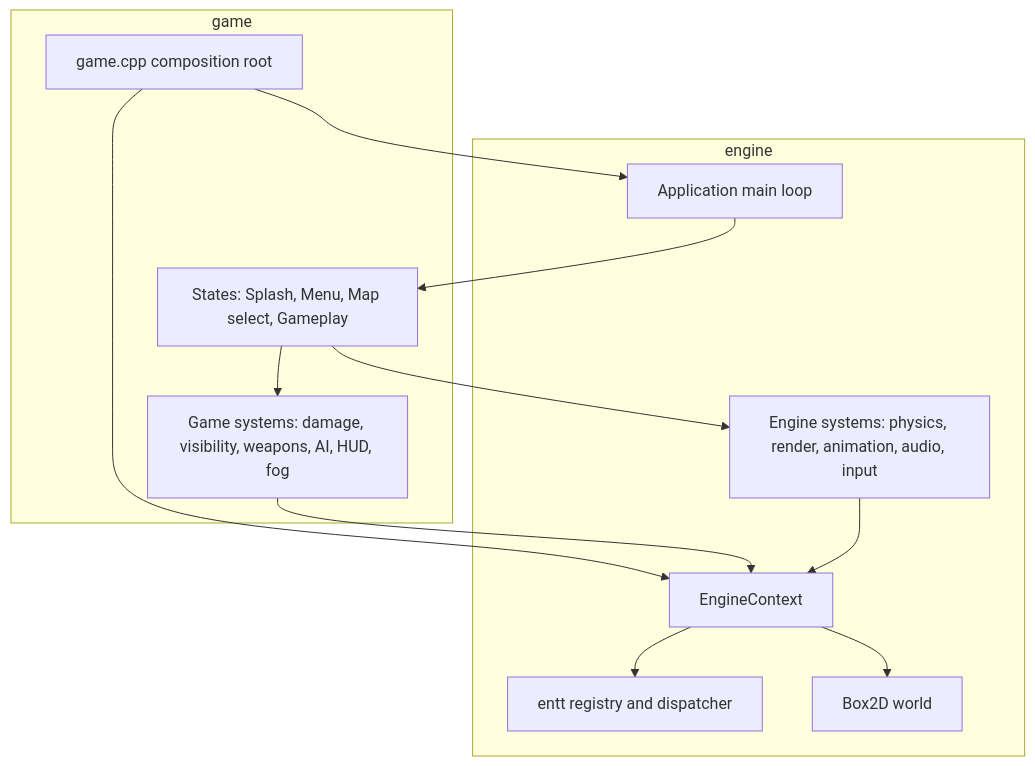
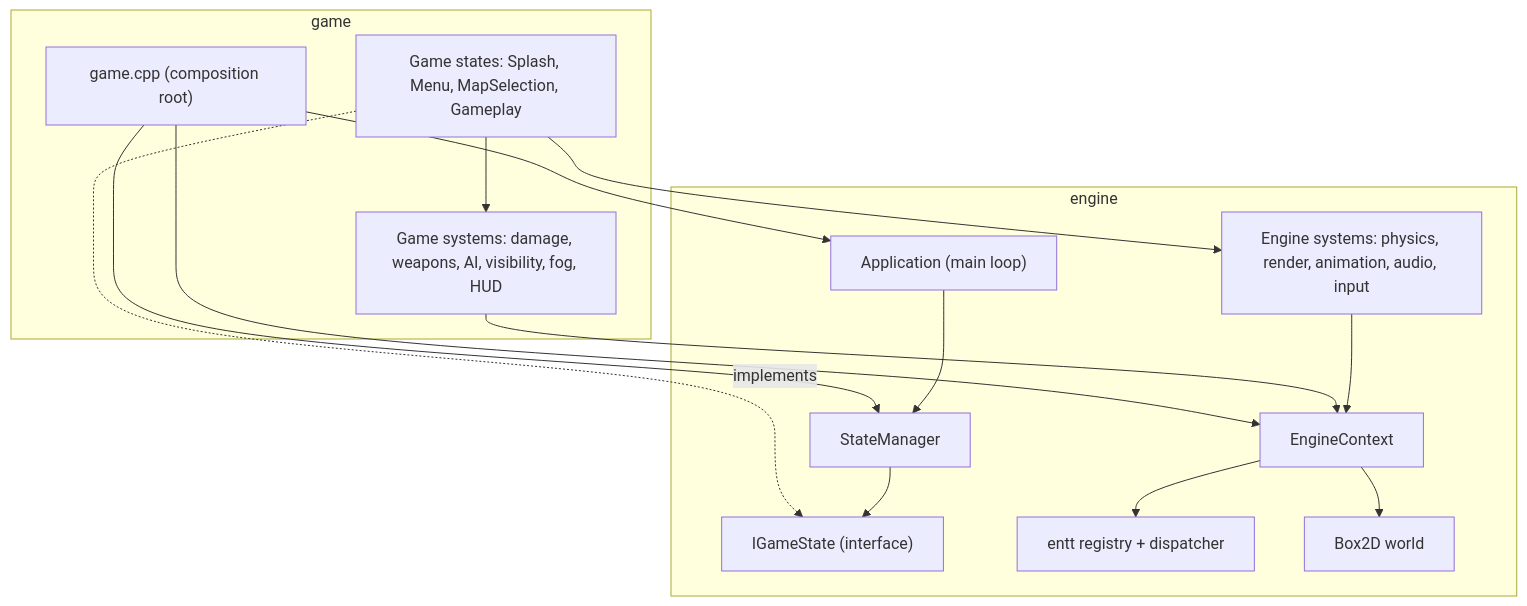
One commit to R-Scibor/Bajabongo-Engine changed the diagram in README.md. Above: the diagram before and after it, drawn with Mermaid. The commit also changed other lines of this file, not shown here.

Commit message:
docs: rewrite README for portfolio (highlights, architecture, build, controls)

````diff
--- a/README.md
+++ b/README.md
@@ -261,24 +76,29 @@
 ```mermaid
 flowchart TB
     subgraph gameLayer [game]
-        root["game.cpp composition root"]
-        states["States: Splash, Menu, Map select, Gameplay"]
-        gameSys["Game systems: damage, visibility, weapons, AI, HUD, fog"]
+        root["game.cpp (composition root)"]
+        states["Game states: Splash, Menu, MapSelection, Gameplay"]
+        gameSys["Game systems: damage, weapons, AI, visibility, fog, HUD"]
     end
     subgraph engineLayer [engine]
-        app["Application main loop"]
+        app["Application (main loop)"]
+        sm["StateManager"]
+        istate["IGameState (interface)"]
         ctx["EngineContext"]
         engSys["Engine systems: physics, render, animation, audio, input"]
-        ecs["entt registry and dispatcher"]
+        ecs["entt registry + dispatcher"]
         world["Box2D world"]
     end
+    root --> app
+    root --> sm
     root --> ctx
-    root --> app
-    app --> states
+    states -. implements .-> istate
     states --> gameSys
     states --> engSys
     gameSys --> ctx
+    app --> sm
+    sm --> istate
     engSys --> ctx
     ctx --> ecs
     ctx --> world
 ```
````
